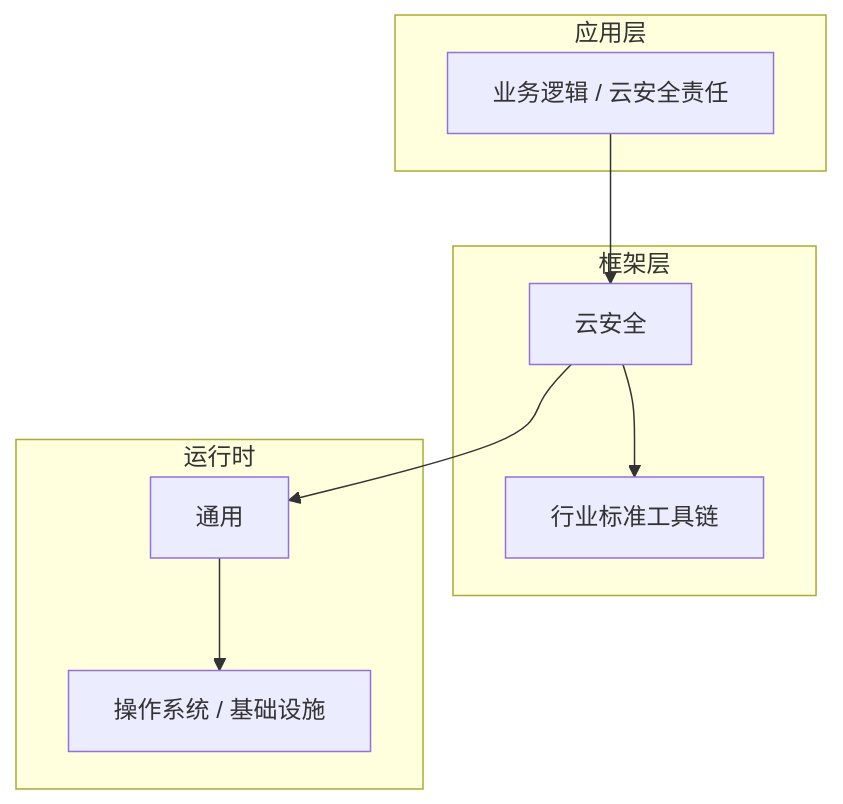
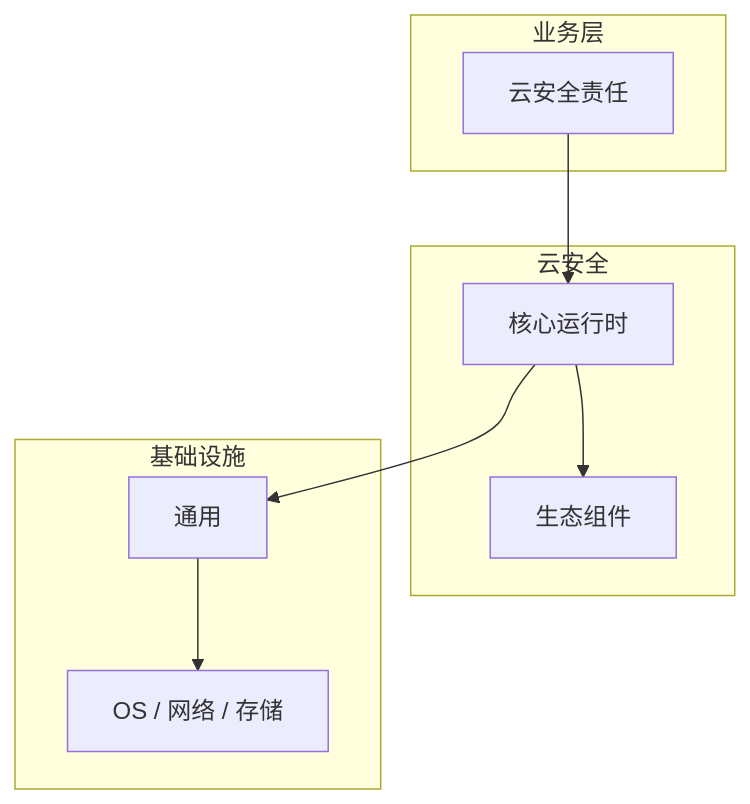
One commit to yanggan2015/knowledge-json-v2 changed the diagram in articles/云安全/chapters/007-云安全责任核心概念与原理.md. Above: the diagram before and after it, drawn with Mermaid. The commit also changed other lines of this file and 10127 other files, not shown here.

````diff
--- a/articles/云安全/chapters/007-云安全责任核心概念与原理.md
+++ b/articles/云安全/chapters/007-云安全责任核心概念与原理.md
@@ -46,18 +31,18 @@
 ```mermaid
 graph TB
-    subgraph 应用层
-        A[业务逻辑 / 云安全责任]
+    subgraph 业务层
+        A[云安全责任]
     end
-    subgraph 框架层
-        B[云安全]
-        C[行业标准工具链]
+    subgraph 云安全
+        B[核心运行时]
+        C[生态组件]
     end
-    subgraph 运行时
+    subgraph 基础设施
         D[通用]
-        E[操作系统 / 基础设施]
+        E[OS / 网络 / 存储]
     end
     A --> B
     B --> C
     B --> D
     D --> E
 ```
````
